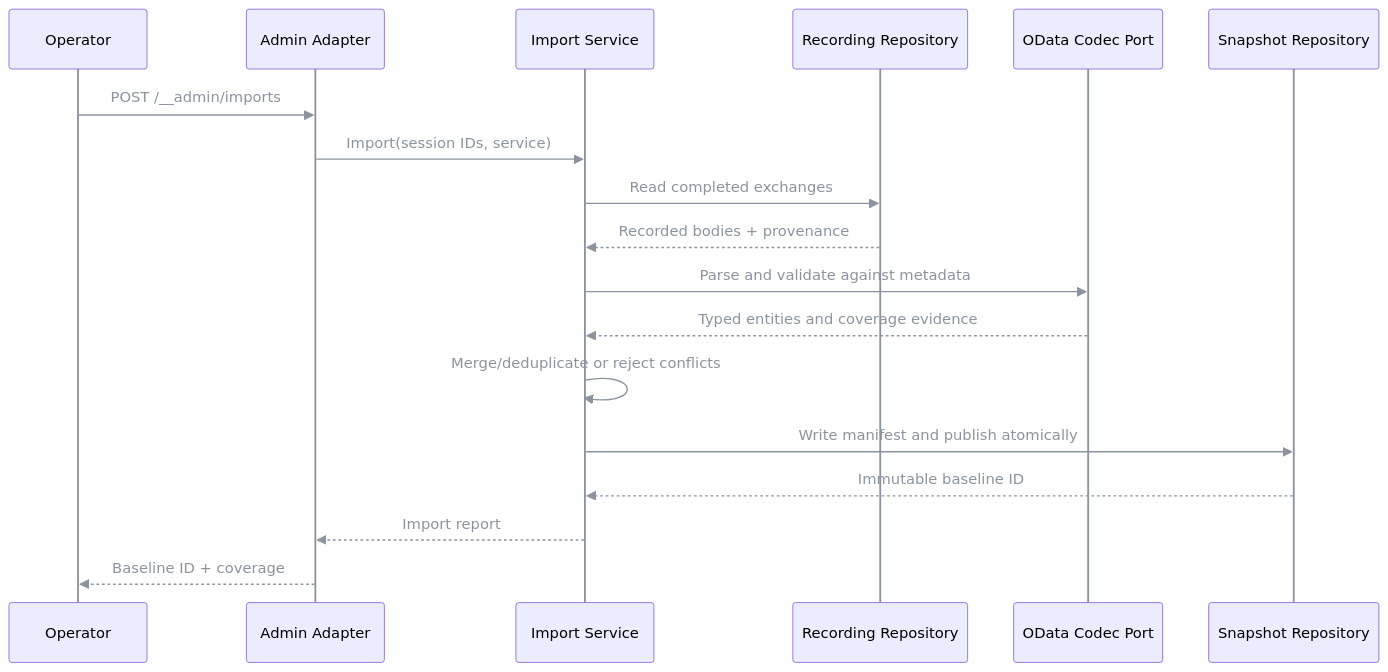
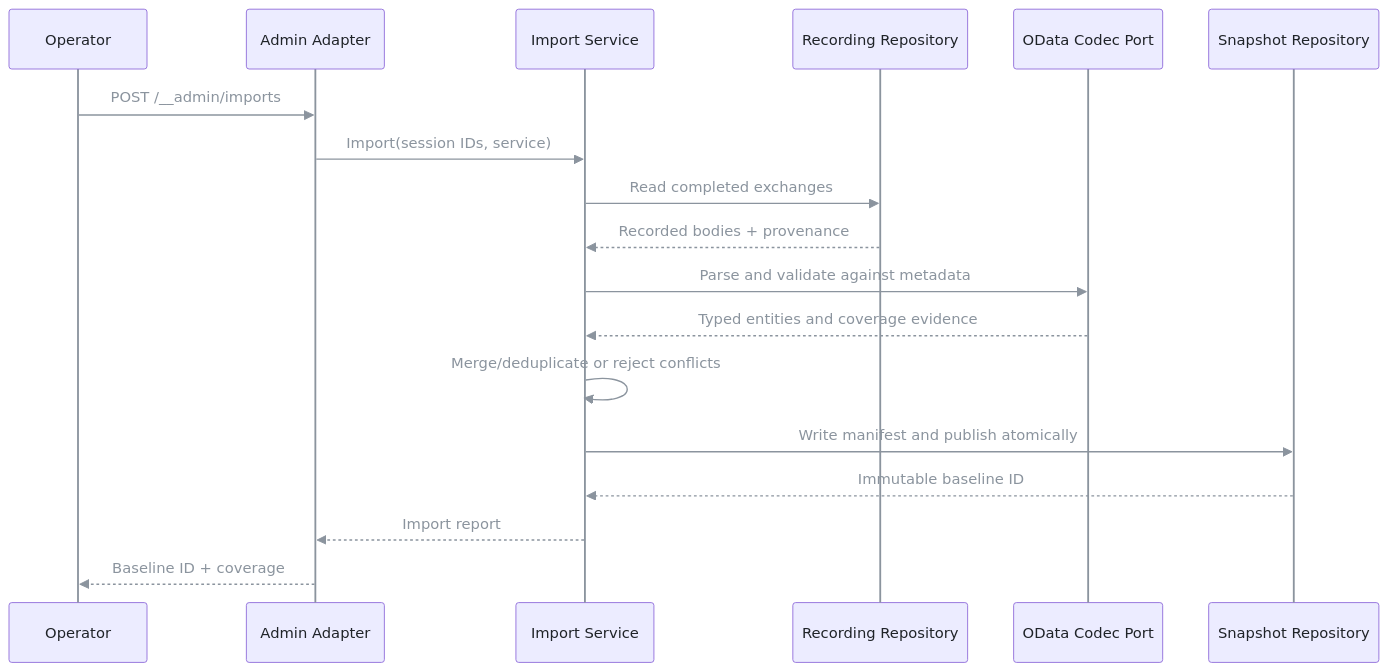
One commit to pt9912/odata-recorder changed the third of 10 diagrams in spec/architecture.md. Above: the diagram before and after it, drawn with Mermaid. The commit also changed other lines of this file, not shown here.

Commit message:
Architektur: Boxtext der Mermaid-Diagramme dunkel setzen (LH-FA-04)

````diff
--- a/spec/architecture.md
+++ b/spec/architecture.md
@@ -245,21 +245,21 @@
 ```mermaid
-%%{init: {'themeVariables': {'lineColor': '#8b949e', 'signalColor': '#8b949e', 'signalTextColor': '#8b949e', 'actorLineColor': '#8b949e', 'loopTextColor': '#8b949e', 'textColor': '#c9d1d9', 'edgeLabelBackground': '#30363d'}}}%%
+%%{init: {'themeVariables': {'lineColor': '#8b949e', 'signalColor': '#8b949e', 'signalTextColor': '#8b949e', 'actorLineColor': '#8b949e', 'loopTextColor': '#8b949e', 'textColor': '#c9d1d9', 'primaryTextColor': '#1f2328', 'nodeTextColor': '#1f2328', 'actorTextColor': '#1f2328', 'noteTextColor': '#1f2328', 'edgeLabelBackground': '#30363d'}}}%%
 sequenceDiagram
     participant O as Operator
     participant A as Admin Adapter
     participant I as Import Service
     participant R as Recording Repository
     participant C as OData Codec Port
     participant S as Snapshot Repository
     O->>A: POST /__admin/imports
     A->>I: Import(session IDs, service)
     I->>R: Read completed exchanges
     R-->>I: Recorded bodies + provenance
     I->>C: Parse and validate against metadata
     C-->>I: Typed entities and coverage evidence
     I->>I: Merge/deduplicate or reject conflicts
     I->>S: Write manifest and publish atomically
     S-->>I: Immutable baseline ID
     I-->>A: Import report
     A-->>O: Baseline ID + coverage
 ```
````
